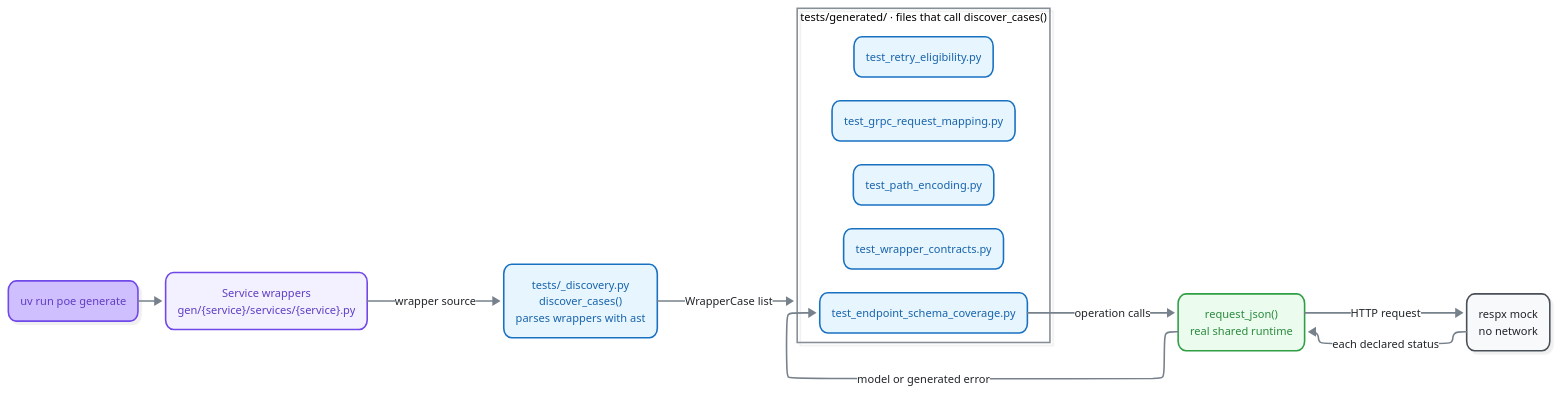
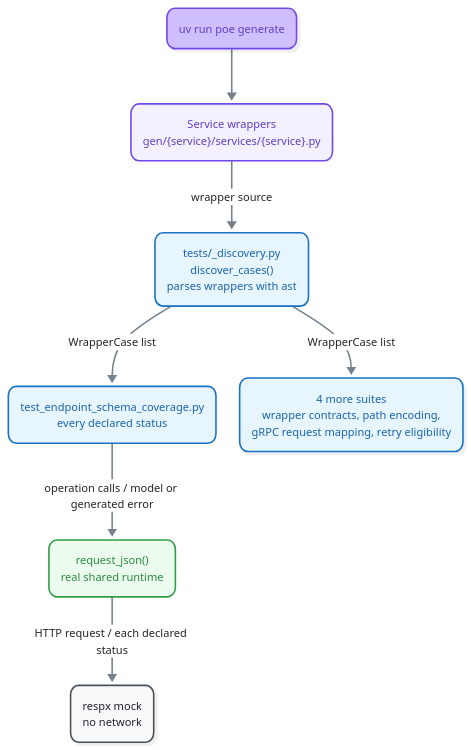
The diagram in tests/generated/README.md (alexdearaujo/community_sdk_python), drawn with Mermaid before and after one commit. The commit also changed 9 other files, not shown here.

First line of the commit message:
docs: clean up the hand-written Mermaid diagrams

````diff
--- a/tests/generated/README.md
+++ b/tests/generated/README.md
@@ -28,44 +28,31 @@
 ```mermaid
-%%{init: {"theme": "redux", "look": "neo", "layout": "elk", "fontFamily": "ui-monospace, SFMono-Regular, Menlo, monospace", "themeVariables": {"fontFamily": "ui-monospace, SFMono-Regular, Menlo, monospace", "primaryColor": "#f8f9fa", "primaryBorderColor": "#495057", "primaryTextColor": "#212529", "textColor": "#212529", "lineColor": "#77818c", "edgeLabelBackground": "#ffffff", "actorBkg": "#f8f9fa", "actorBorder": "#495057", "actorTextColor": "#212529", "actorLineColor": "#a9b3be", "signalColor": "#57616d", "signalTextColor": "#212529", "labelBoxBkgColor": "#f8f9fa", "labelBoxBorderColor": "#495057", "labelTextColor": "#212529", "loopTextColor": "#57616d", "noteBkgColor": "#fff9db", "noteBorderColor": "#f08c00", "noteTextColor": "#a35a00"}, "flowchart": {"curve": "basis", "nodeSpacing": 30, "rankSpacing": 70, "wrappingWidth": 400}}}%%
-flowchart LR
+%%{init: {"theme": "redux", "look": "neo", "layout": "dagre", "fontFamily": "ui-monospace, SFMono-Regular, Menlo, monospace", "themeVariables": {"fontFamily": "ui-monospace, SFMono-Regular, Menlo, monospace", "primaryColor": "#f8f9fa", "primaryBorderColor": "#495057", "primaryTextColor": "#212529", "textColor": "#212529", "lineColor": "#77818c", "edgeLabelBackground": "#ffffff", "actorBkg": "#f8f9fa", "actorBorder": "#495057", "actorTextColor": "#212529", "actorLineColor": "#a9b3be", "signalColor": "#57616d", "signalTextColor": "#212529", "labelBoxBkgColor": "#f8f9fa", "labelBoxBorderColor": "#495057", "labelTextColor": "#212529", "loopTextColor": "#57616d", "noteBkgColor": "#fff9db", "noteBorderColor": "#f08c00", "noteTextColor": "#a35a00"}, "flowchart": {"curve": "basis", "nodeSpacing": 30, "rankSpacing": 70, "wrappingWidth": 400}}}%%
+flowchart TD
   cmd("uv run poe generate"):::violetSrc
   wrappers("Service wrappers<br/>gen/{service}/services/{service}.py"):::violet
   disc("tests/_discovery.py<br/>discover_cases()<br/>parses wrappers with ast"):::blue
-
-  subgraph suite["tests/generated/ · files that call discover_cases()"]
-    wc("test_wrapper_contracts.py"):::blue
-    sc("test_endpoint_schema_coverage.py"):::blue
-    pe("test_path_encoding.py"):::blue
-    gm("test_grpc_request_mapping.py"):::blue
-    ret("test_retry_eligibility.py"):::blue
-  end
-
+  sc("test_endpoint_schema_coverage.py<br/>every declared status"):::blue
+  others("4 more suites<br/>wrapper contracts, path encoding,<br/>gRPC request mapping, retry eligibility"):::blue
   rj("request_json()<br/>real shared runtime"):::green
   mock("respx mock<br/>no network"):::hub
 
   cmd --> wrappers
   wrappers -->|"wrapper source"| disc
-  disc -->|"WrapperCase list"| suite
-  sc -->|"operation calls"| rj
-  rj -->|"model or generated error"| sc
-  rj -->|"HTTP request"| mock
-  mock -->|"each declared status"| rj
+  disc -->|"WrapperCase list"| sc
+  disc -->|"WrapperCase list"| others
+  sc -->|"operation calls / model or generated error"| rj
+  rj -->|"HTTP request / each declared status"| mock
 
   click wrappers "../../src/kentik_api/gen/README.md"
   click disc "../_discovery.py"
-  click wc "test_wrapper_contracts.py"
   click sc "test_endpoint_schema_coverage.py"
-  click pe "test_path_encoding.py"
-  click gm "test_grpc_request_mapping.py"
-  click ret "test_retry_eligibility.py"
   click rj "../../src/kentik_api/core/rest_runtime.py"
 
   classDef violetSrc fill:#d0bfff,stroke:#7048e8,color:#5f3dc4
   classDef violet fill:#f3f0ff,stroke:#7048e8,color:#5f3dc4
   classDef blue fill:#e7f5ff,stroke:#1971c2,color:#1864ab
   classDef green fill:#ebfbee,stroke:#2f9e44,color:#2b8a3e
   classDef hub fill:#f8f9fa,stroke:#495057,color:#212529
   classDef violetSrc,violet,blue,green,hub stroke-width:2px,rx:10px
-  style suite fill:none,stroke:#868e96,stroke-width:2px
   linkStyle default stroke-width:2px,stroke-linecap:round,stroke-linejoin:round
 ```
````
